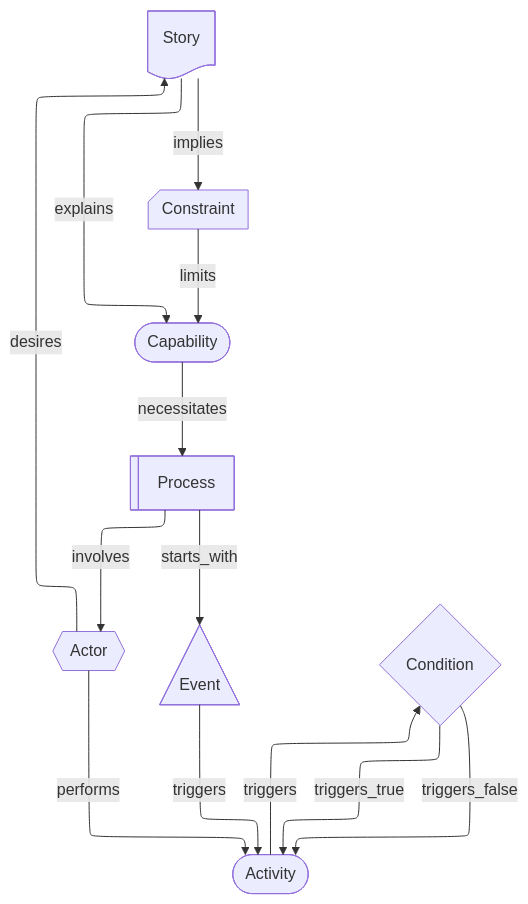
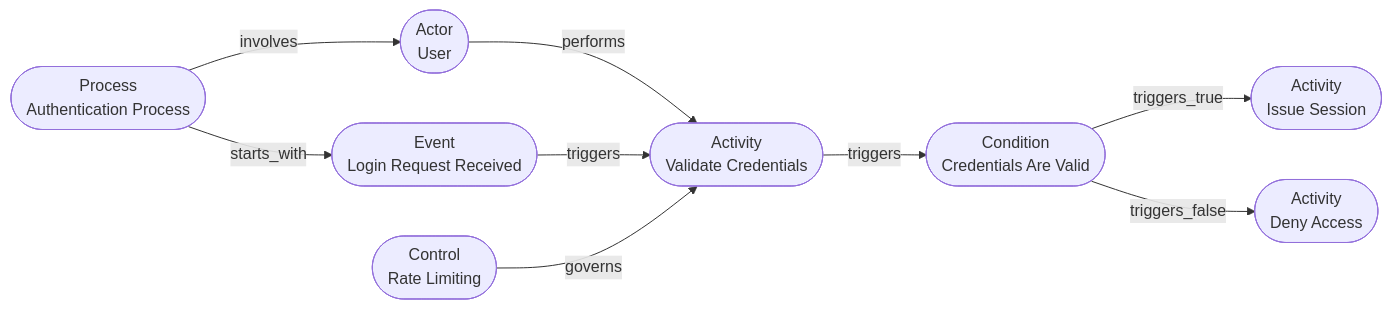
The sixth of 7 diagrams in .github/instructions/Aurora.instructions.md (JEleniel/aurora), drawn with Mermaid before and after one commit. The commit also changed other lines of this file and 337 other files, not shown here.

````diff
--- a/.github/instructions/Aurora.instructions.md
+++ b/.github/instructions/Aurora.instructions.md
@@ -569,29 +625,20 @@
 ```mermaid
----
-config:
-  layout: elk
----
-graph
-	actor{{Actor}}
-	story[Story]@{shape: document}
-	activity([Activity])
-	event[Event]@{shape: tri}
-	condition{Condition}
-	capability([Capability])
-	constraint[Constraint]@{shape: card}
-	process[Process]@{shape: lin-rect}
+graph LR
+	process(["`Process<br />Authentication Process`"])
+	actor(["`Actor<br />User`"])
+	event_login(["`Event<br />Login Request Received`"])
+	activity_validate(["`Activity<br />Validate Credentials`"])
+	condition_valid(["`Condition<br />Credentials Are Valid`"])
+	activity_issue(["`Activity<br />Issue Session`"])
+	activity_deny(["`Activity<br />Deny Access`"])
+	control_rate(["`Control<br />Rate Limiting`"])
 
-	capability -- necessitates --> process
+	process -- starts_with --> event_login
 	process -- involves --> actor
-	process -- starts_with --> event
-	actor -- desires --> story
-	story -- explains --> capability
-	constraint -- limits --> capability
-	story -- implies --> constraint
-	event -- triggers --> activity
-	actor -- performs --> activity
-	activity -- triggers --> condition
-	condition -- triggers_true --> activity
-	condition -- triggers_false --> activity
-
+	actor -- performs --> activity_validate
+	event_login -- triggers --> activity_validate
+	control_rate -- governs --> activity_validate
+	activity_validate -- triggers --> condition_valid
+	condition_valid -- triggers_true --> activity_issue
+	condition_valid -- triggers_false --> activity_deny
 ```
````
